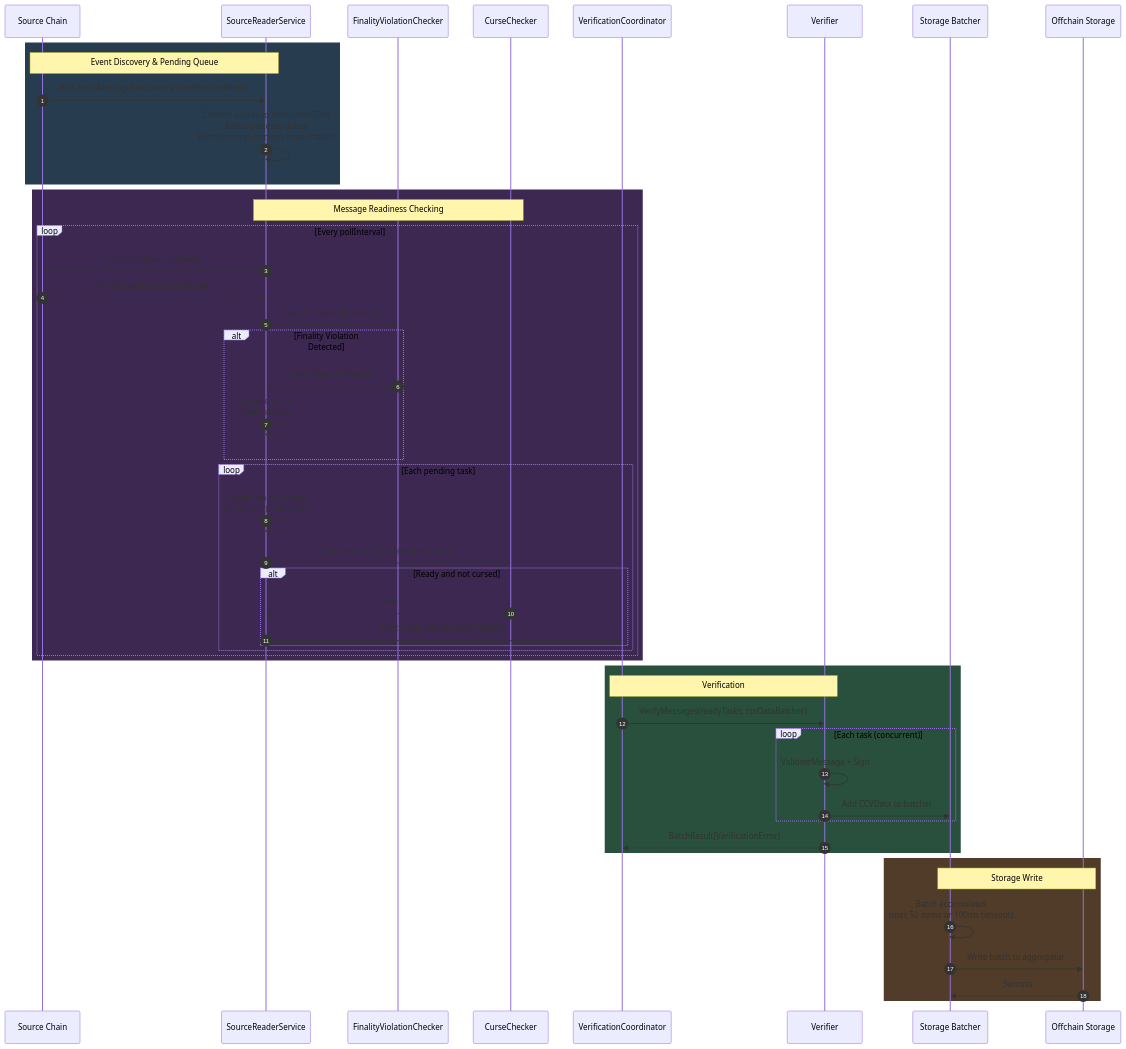
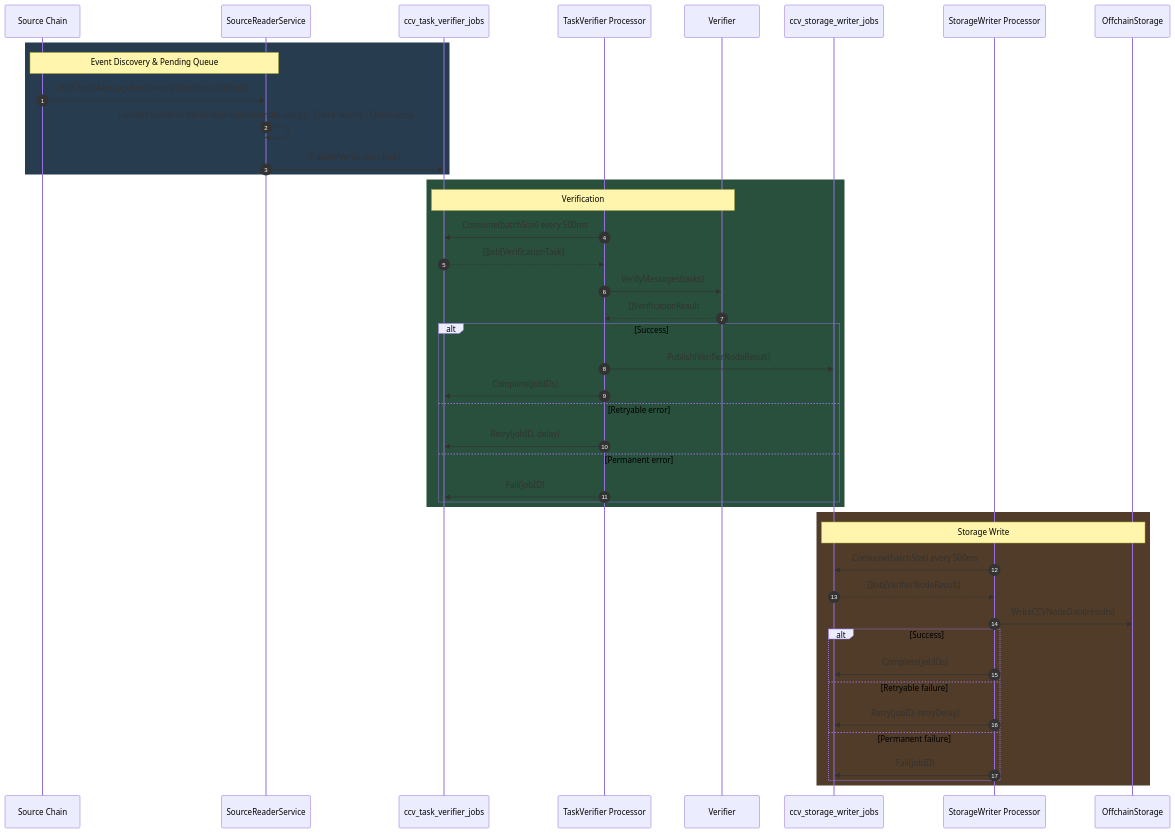
One commit to smartcontractkit/chainlink-ccv changed the second of 4 diagrams in verifier/docs/verifier.md. Above: the diagram before and after it, drawn with Mermaid. The commit also changed other lines of this file and 2 other files, not shown here.

Commit message:
Verifier docs update

````diff
--- a/verifier/docs/verifier.md
+++ b/verifier/docs/verifier.md
@@ -102,52 +86,49 @@
 ```mermaid
 sequenceDiagram
     autonumber
     participant SC as Source Chain
     participant SRS as SourceReaderService
-    participant FVC as FinalityViolationChecker
-    participant CC as CurseChecker
-    participant VC as VerificationCoordinator
+    participant TQ as ccv_task_verifier_jobs
+    participant TVP as TaskVerifier Processor
     participant V as Verifier
-    participant SB as Storage Batcher
-    participant OS as Offchain Storage
+    participant RQ as ccv_storage_writer_jobs
+    participant SWP as StorageWriter Processor
+    participant OS as OffchainStorage
+
     rect rgb(40, 60, 80)
     Note over SC,SRS: Event Discovery & Pending Queue
     SC->>SRS: Poll: FetchMessageSentEvents(fromBlock, toBlock)
-    SRS->>SRS: Convert events to VerificationTask<br/>Add to pending queue<br/>Handle reorgs (remove invalid tasks)
+    SRS->>SRS: Convert events to VerificationTask\nHandle reorgs · Check finality · Check curse
+    SRS->>TQ: Publish(VerificationTask)
     end
-    rect rgb(60, 40, 80)
-    Note over SRS,CC: Message Readiness Checking
-    loop Every pollInterval
-        SRS->>SC: LatestAndFinalizedBlock()
-        SC-->>SRS: (latest, finalized) BlockHeader
-        SRS->>FVC: UpdateFinalized(finalized)
-        alt Finality Violation Detected
-            FVC-->>SRS: Error (hash mismatch)
-            SRS->>SRS: Disable chain<br/>Flush all tasks
-        end
-        loop Each pending task
-            SRS->>SRS: Check finality criteria<br/>(capped at finalization)
-            SRS->>CC: IsRemoteChainCursed(destChain)?
-            alt Ready and not cursed
-                CC-->>SRS: false
-                SRS->>VC: Emit ready task via readyTasksCh
-            end
-        end
+
+    rect rgb(40, 80, 60)
+    Note over TQ,V: Verification
+    TVP->>TQ: Consume(batchSize) every 500ms
+    TQ-->>TVP: []Job[VerificationTask]
+    TVP->>V: VerifyMessages(tasks)
+    V-->>TVP: []VerificationResult
+    alt Success
+        TVP->>RQ: Publish(VerifierNodeResult)
+        TVP->>TQ: Complete(jobIDs)
+    else Retryable error
+        TVP->>TQ: Retry(jobID, delay)
+    else Permanent error
+        TVP->>TQ: Fail(jobID)
     end
     end
-    rect rgb(40, 80, 60)
-    Note over VC,V: Verification
-    VC->>V: VerifyMessages(readyTasks, ccvDataBatcher)
-    loop Each task (concurrent)
-        V->>V: ValidateMessage + Sign
-        V->>SB: Add CCVData to batcher
+
+    rect rgb(80, 60, 40)
+    Note over RQ,OS: Storage Write
+    SWP->>RQ: Consume(batchSize) every 500ms
+    RQ-->>SWP: []Job[VerifierNodeResult]
+    SWP->>OS: WriteCCVNodeData(results)
+    alt Success
+        SWP->>RQ: Complete(jobIDs)
+    else Retryable failure
+        SWP->>RQ: Retry(jobID, retryDelay)
+    else Permanent failure
+        SWP->>RQ: Fail(jobID)
     end
-    V-->>VC: BatchResult[VerificationError]
-    end
-    rect rgb(80, 60, 40)
-    Note over SB,OS: Storage Write
-    SB->>SB: Batch accumulates<br/>(max 50 items or 100ms timeout)
-    SB->>OS: Write batch to aggregator
-    OS-->>SB: Success
     end
 ```
````
